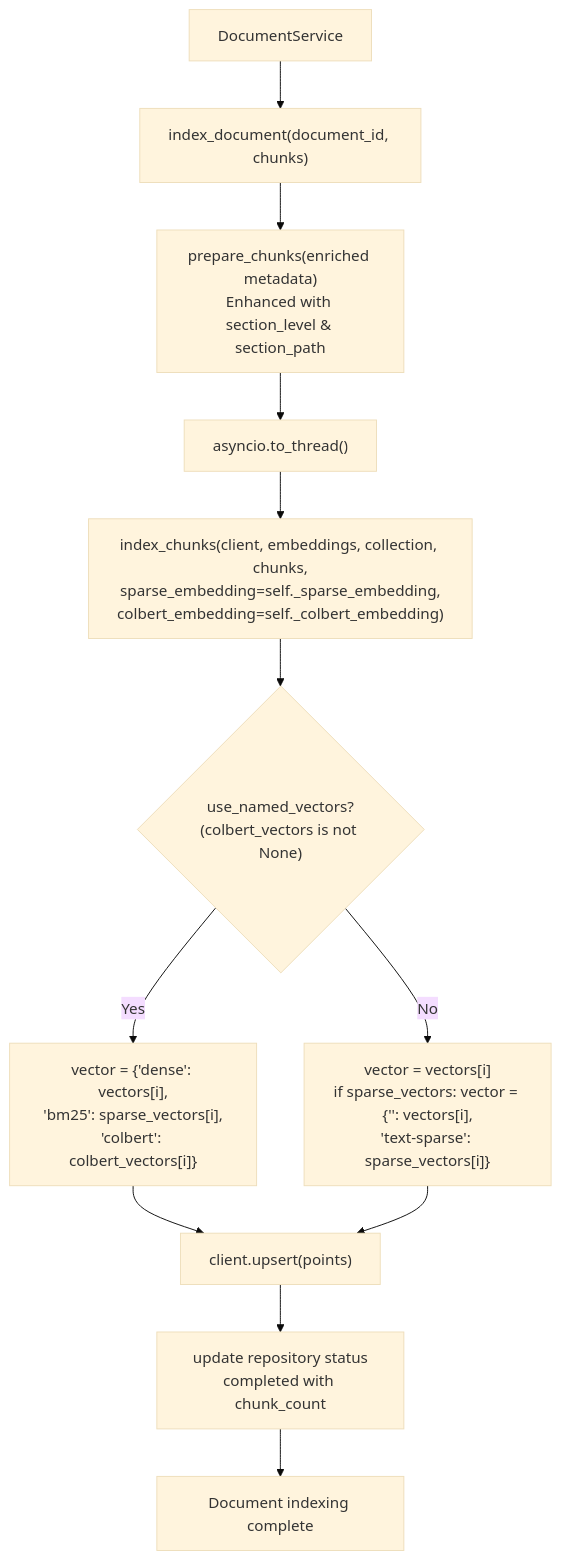
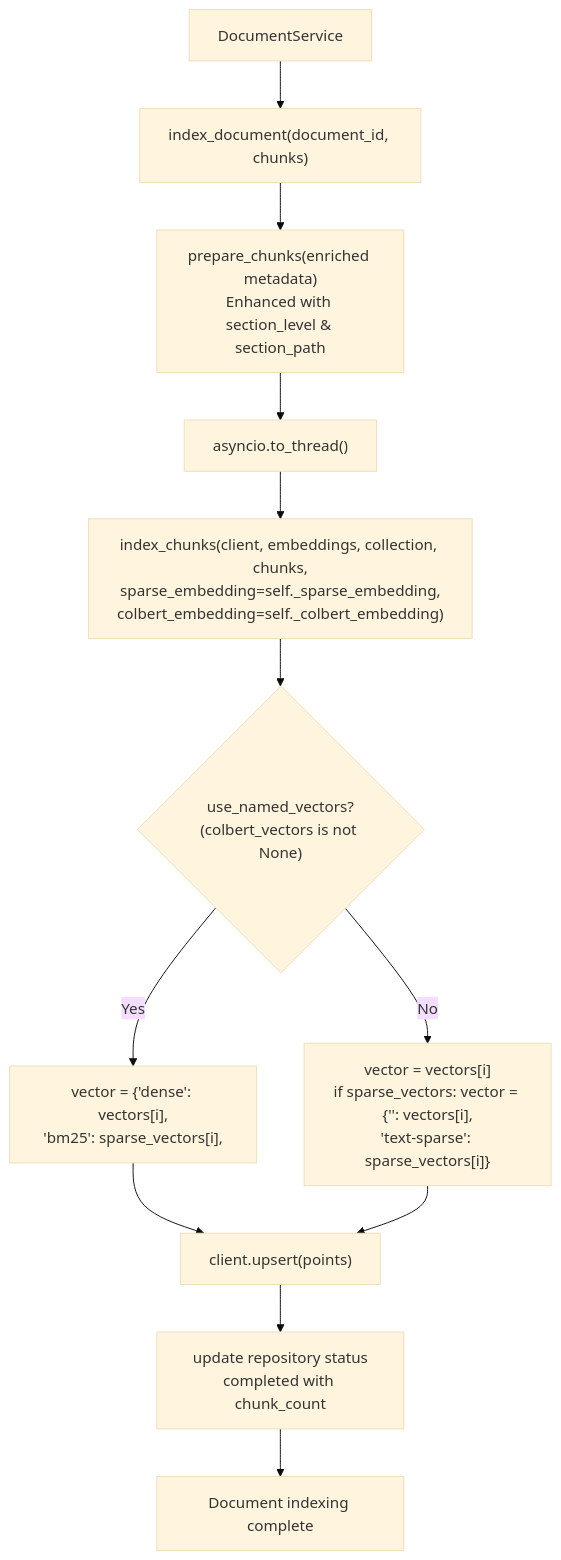
One commit to ognelis/cafetera_hr_bot changed diagram 13 of 15 in .qoder/repowiki/en/content/RAG Integration/RAG Parser Enhancement.md. Above: the diagram before and after it, drawn with Mermaid (base theme). The commit also changed other lines of this file and 139 other files, not shown here.

````diff
--- a/.qoder/repowiki/en/content/RAG Integration/RAG Parser Enhancement.md
+++ b/.qoder/repowiki/en/content/RAG Integration/RAG Parser Enhancement.md
@@ -645,14 +661,14 @@
 ```mermaid
 flowchart TD
 DocumentService["DocumentService"] --> IndexDocument["index_document(document_id, chunks)"]
 IndexDocument --> PrepareChunks["prepare_chunks(enriched metadata)<br/>Enhanced with section_level & section_path"]
 PrepareChunks --> AsyncThread["asyncio.to_thread()"]
 AsyncThread --> IndexChunks["index_chunks(client, embeddings, collection, chunks,<br/>sparse_embedding=self._sparse_embedding,<br/>colbert_embedding=self._colbert_embedding)"]
 IndexChunks --> UseNamedVectors{"use_named_vectors?<br/>(colbert_vectors is not None)"}
-UseNamedVectors --> |"Yes"| NamedVectors["vector = {'dense': vectors[i],<br/>'bm25': sparse_vectors[i],<br/>'colbert': colbert_vectors[i]}"]
+UseNamedVectors --> |"Yes"| NamedVectors["vector = {'dense': vectors[i],<br/>'bm25': sparse_vectors[i],<br/'colbert': colbert_vectors[i]}"]
 UseNamedVectors --> |"No"| LegacyVectors["vector = vectors[i]<br/>if sparse_vectors: vector = {'': vectors[i],<br/>'text-sparse': sparse_vectors[i]}"]
 NamedVectors --> Upsert["client.upsert(points)"]
 LegacyVectors --> Upsert
 Upsert --> UpdateRepo["update repository status<br/>completed with chunk_count"]
 UpdateRepo --> Complete["Document indexing complete"]
 ```
````
